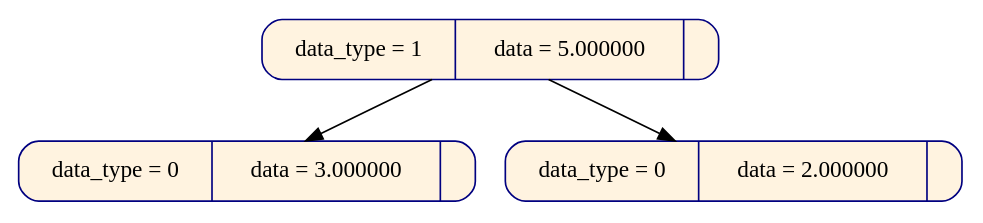
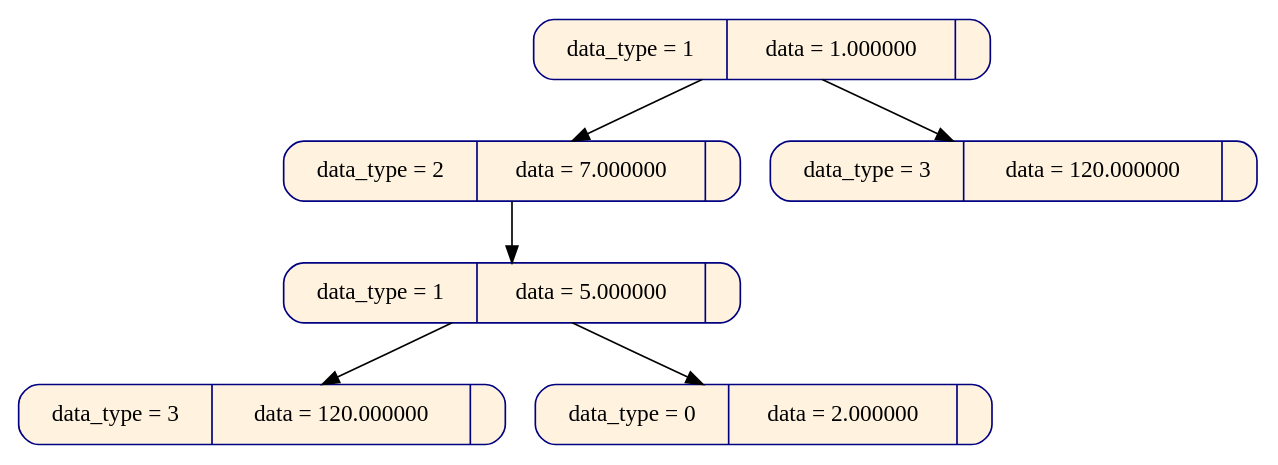
Before and after one commit to pupach/diff_tree: the diagram in diff_tree/gr_dump/diff_tree_1.dot, drawn with Graphviz. The commit also changed 66 other files, not shown here.

```diff
--- a/diff_tree/gr_dump/diff_tree_1.dot
+++ b/diff_tree/gr_dump/diff_tree_1.dot
@@ -1,9 +1,15 @@
 digraph
 {
 node [shape = Mrecord, color  = "navy", style = "filled"];
-node0x619000000af0[label = " data_type = 1 | data = 5.000000 | ", fillcolor = "#fff3e0", rank = 0];
-node0x619000000a80[label = " data_type = 0 | data = 3.000000 | ", fillcolor = "#fff3e0", rank = 1];
-node0x619000000ab8[label = " data_type = 0 | data = 2.000000 | ", fillcolor = "#fff3e0", rank = 1];
+node0x619000000b98[label = " data_type = 1 | data = 1.000000 | ", fillcolor = "#fff3e0", rank = 0];
+node0x619000000b28[label = " data_type = 2 | data = 7.000000 | ", fillcolor = "#fff3e0", rank = 1];
+node0x619000000af0[label = " data_type = 1 | data = 5.000000 | ", fillcolor = "#fff3e0", rank = 2];
+node0x619000000a80[label = " data_type = 3 | data = 120.000000 | ", fillcolor = "#fff3e0", rank = 3];
+node0x619000000ab8[label = " data_type = 0 | data = 2.000000 | ", fillcolor = "#fff3e0", rank = 3];
+node0x619000000b60[label = " data_type = 3 | data = 120.000000 | ", fillcolor = "#fff3e0", rank = 1];
+node0x619000000b98 -> node0x619000000b28;
+node0x619000000b28 -> node0x619000000af0;
 node0x619000000af0 -> node0x619000000a80;
 node0x619000000af0 -> node0x619000000ab8;
+node0x619000000b98 -> node0x619000000b60;
 }
```
